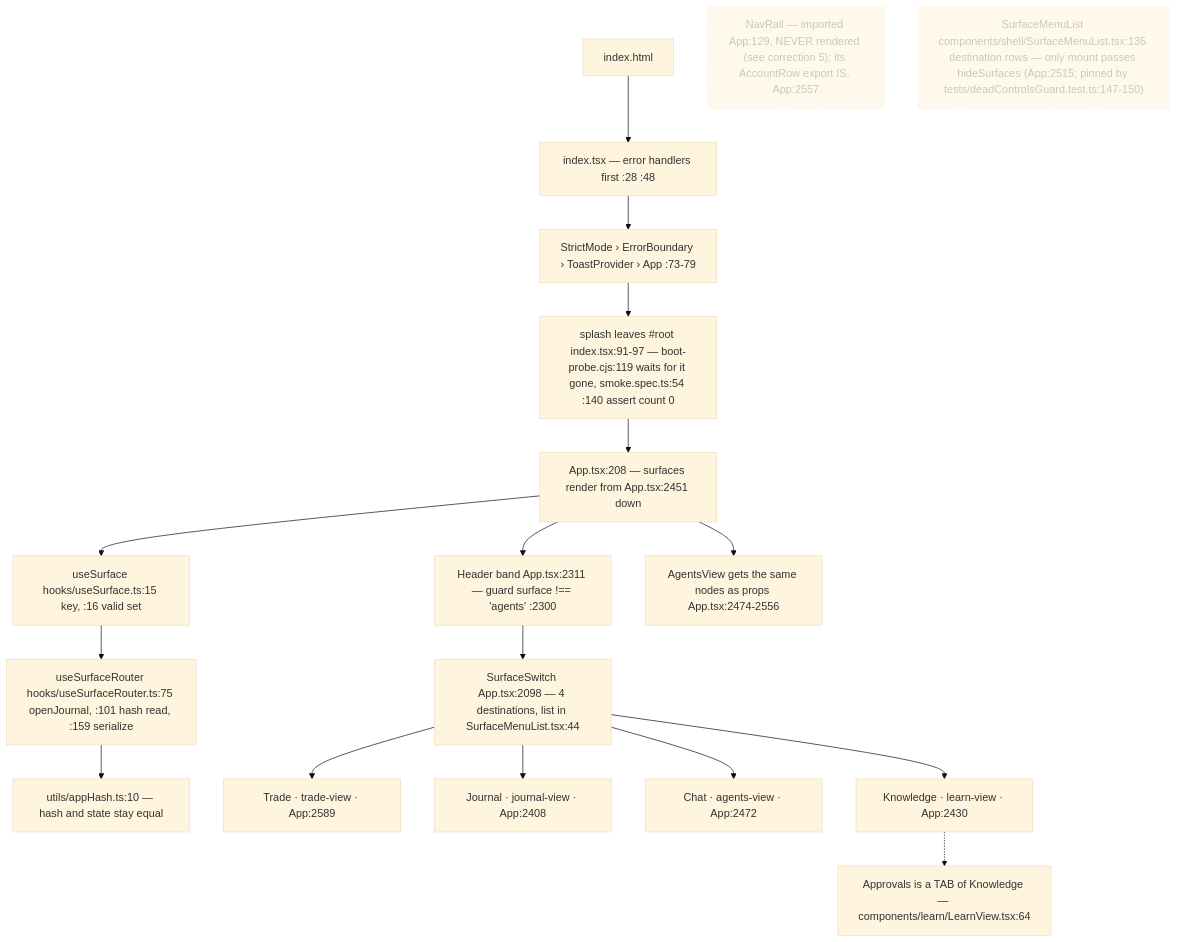
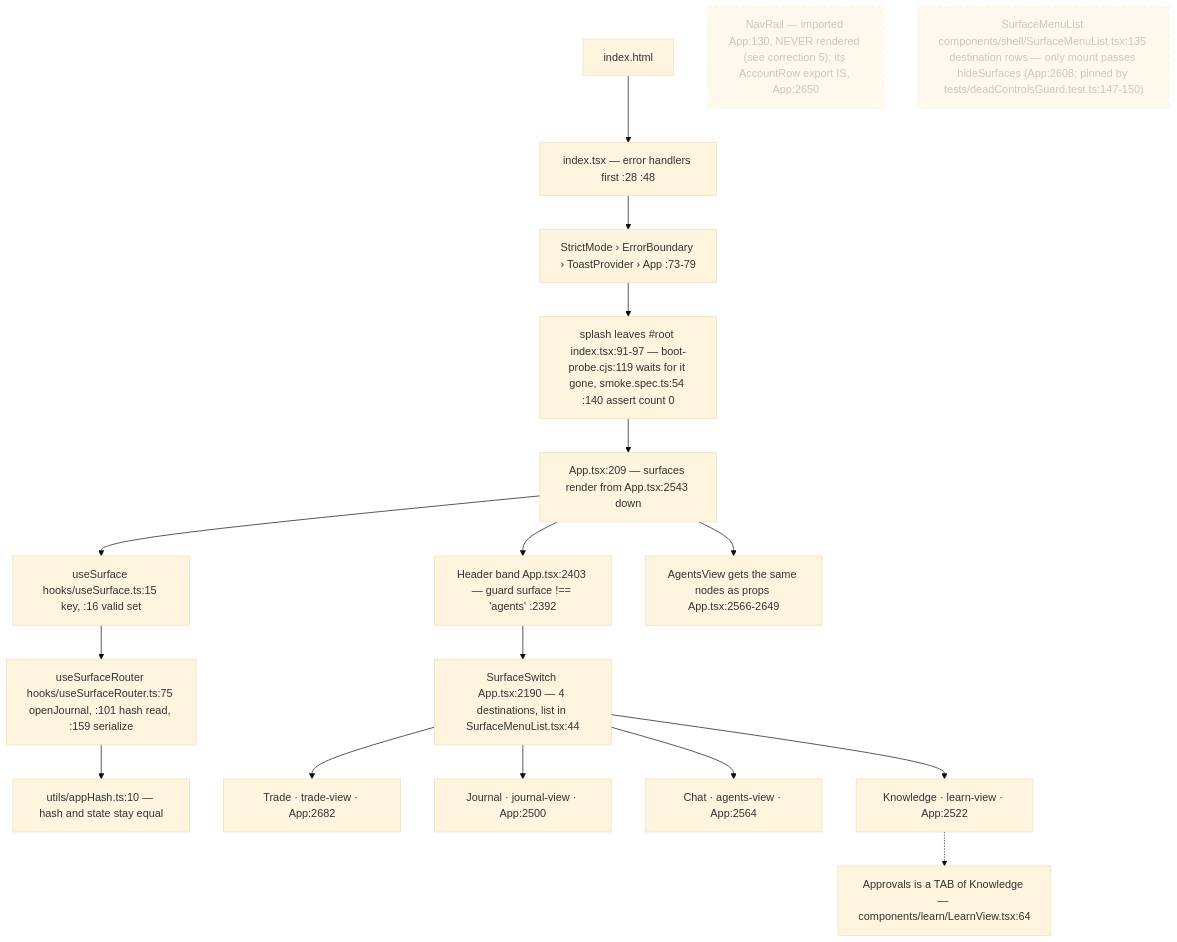
The first of 8 diagrams in docs/app-flow.md (Acepay25/august-3.5), drawn with Mermaid (base theme) before and after one commit. The commit also changed other lines of this file and 16 other files, not shown here.

````diff
--- a/docs/app-flow.md
+++ b/docs/app-flow.md
@@ -43,21 +43,21 @@
 ```mermaid
 flowchart TD
     H["index.html"] --> I["index.tsx — error handlers first :28 :48"]
     I --> S["StrictMode › ErrorBoundary › ToastProvider › App :73-79"]
     S --> SP["splash leaves #root index.tsx:91-97 — boot-probe.cjs:119 waits for it gone, smoke.spec.ts:54 :140 assert count 0"]
-    SP --> APP["App.tsx:208 — surfaces render from App.tsx:2451 down"]
+    SP --> APP["App.tsx:209 — surfaces render from App.tsx:2543 down"]
     APP --> US["useSurface hooks/useSurface.ts:15 key, :16 valid set"]
     US --> UR["useSurfaceRouter hooks/useSurfaceRouter.ts:75 openJournal, :101 hash read, :159 serialize"]
     UR --> HASH["utils/appHash.ts:10 — hash and state stay equal"]
-    APP --> HD["Header band App.tsx:2311 — guard surface !== 'agents' :2300"]
-    HD --> SW["SurfaceSwitch App.tsx:2098 — 4 destinations, list in SurfaceMenuList.tsx:44"]
-    APP --> AV["AgentsView gets the same nodes as props App.tsx:2474-2556"]
-    SW --> T["Trade · trade-view · App:2589"]
-    SW --> J["Journal · journal-view · App:2408"]
-    SW --> C["Chat · agents-view · App:2472"]
-    SW --> K["Knowledge · learn-view · App:2430"]
+    APP --> HD["Header band App.tsx:2403 — guard surface !== 'agents' :2392"]
+    HD --> SW["SurfaceSwitch App.tsx:2190 — 4 destinations, list in SurfaceMenuList.tsx:44"]
+    APP --> AV["AgentsView gets the same nodes as props App.tsx:2566-2649"]
+    SW --> T["Trade · trade-view · App:2682"]
+    SW --> J["Journal · journal-view · App:2500"]
+    SW --> C["Chat · agents-view · App:2564"]
+    SW --> K["Knowledge · learn-view · App:2522"]
     K -.-> AP["Approvals is a TAB of Knowledge — components/learn/LearnView.tsx:64"]
-    NR["NavRail — imported App:129, NEVER rendered (see correction 5); its AccountRow export IS, App:2557"]:::dead
-    SM["SurfaceMenuList components/shell/SurfaceMenuList.tsx:135 destination rows — only mount passes hideSurfaces (App:2515; pinned by tests/deadControlsGuard.test.ts:147-150)"]:::dead
+    NR["NavRail — imported App:130, NEVER rendered (see correction 5); its AccountRow export IS, App:2650"]:::dead
+    SM["SurfaceMenuList components/shell/SurfaceMenuList.tsx:135 destination rows — only mount passes hideSurfaces (App:2608; pinned by tests/deadControlsGuard.test.ts:147-150)"]:::dead
     classDef dead stroke-dasharray: 5 5,opacity:.5
 ```
````
